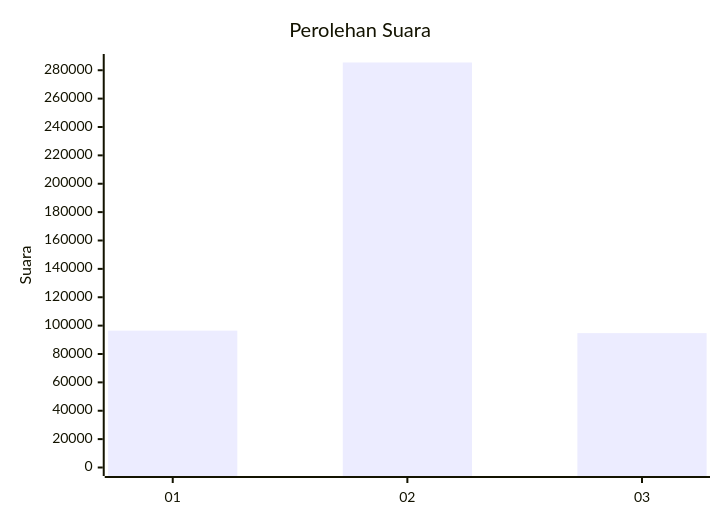
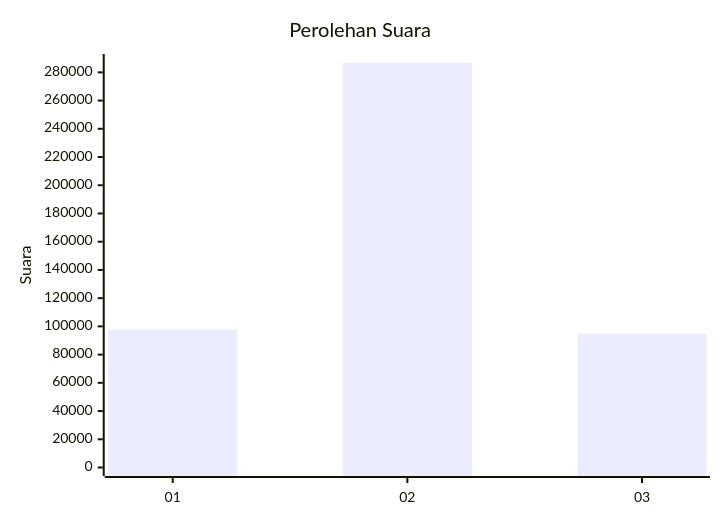
Before and after one commit to gigit-pemilu/pemilu-2024: the first of 2 diagrams in pilpres/hitung-suara/sub/table-wilayah-99.md, drawn with Mermaid. The commit also changed other lines of this file and 12 other files, not shown here.

````diff
--- a/pilpres/hitung-suara/sub/table-wilayah-99.md
+++ b/pilpres/hitung-suara/sub/table-wilayah-99.md
@@ -7,7 +7,7 @@
 ```mermaid
 xychart-beta
     title "Perolehan Suara"
     x-axis [01, 02, 03]
-    y-axis "Suara" 0 --> 285456
-    bar [96458, 285456, 94712]
+    y-axis "Suara" 0 --> 286981
+    bar [97791, 286981, 95010]
 ```
````
